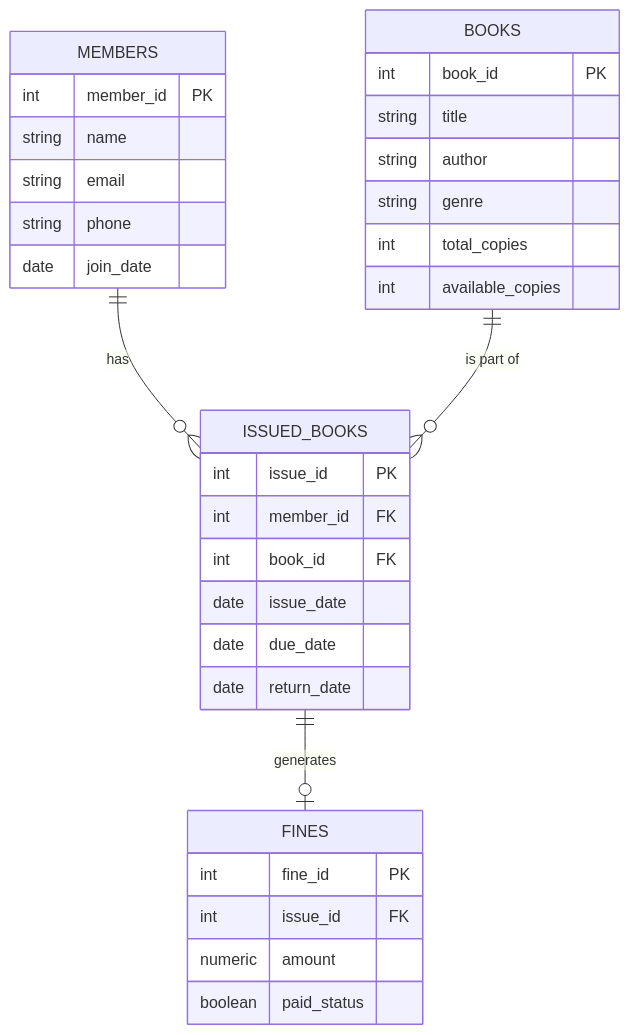
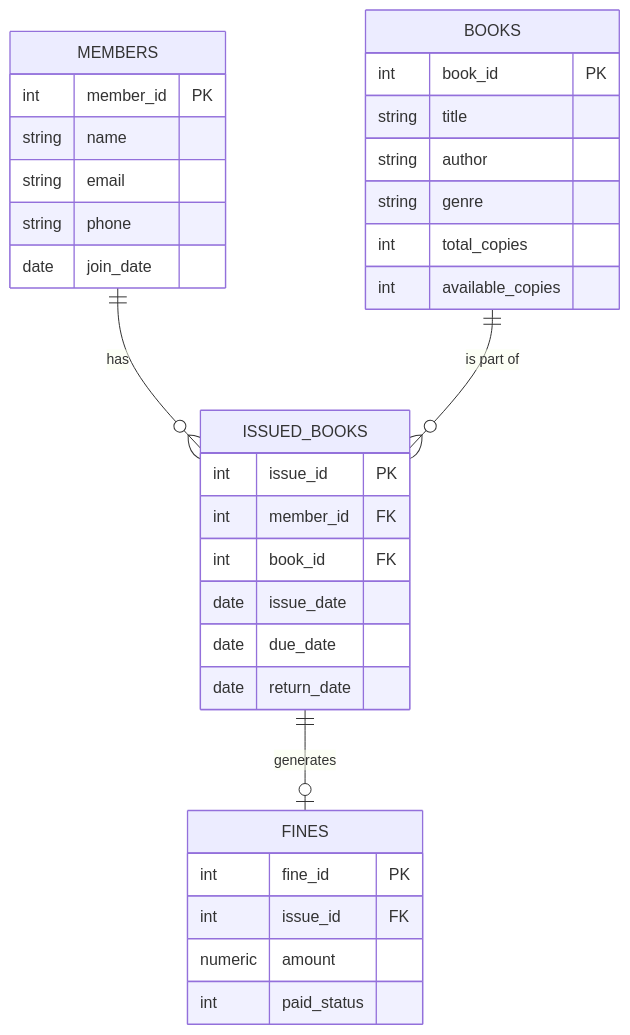
Before and after one commit to ChinmayIngle26/DBMS-mini-project: the diagram in docs/ER_Diagram.md, drawn with Mermaid. The commit also changed 10 other files, not shown here.

````diff
--- a/docs/ER_Diagram.md
+++ b/docs/ER_Diagram.md
@@ -5,39 +5,39 @@
 ```mermaid
 erDiagram
     MEMBERS {
         int member_id PK
         string name
         string email
         string phone
         date join_date
     }
     
     BOOKS {
         int book_id PK
         string title
         string author
         string genre
         int total_copies
         int available_copies
     }
     
     ISSUED_BOOKS {
         int issue_id PK
         int member_id FK
         int book_id FK
         date issue_date
         date due_date
         date return_date
     }
     
     FINES {
         int fine_id PK
         int issue_id FK
         numeric amount
-        boolean paid_status
+        int paid_status
     }
     
     MEMBERS ||--o{ ISSUED_BOOKS : "has"
     BOOKS ||--o{ ISSUED_BOOKS : "is part of"
     ISSUED_BOOKS ||--o| FINES : "generates"
 ```
````
